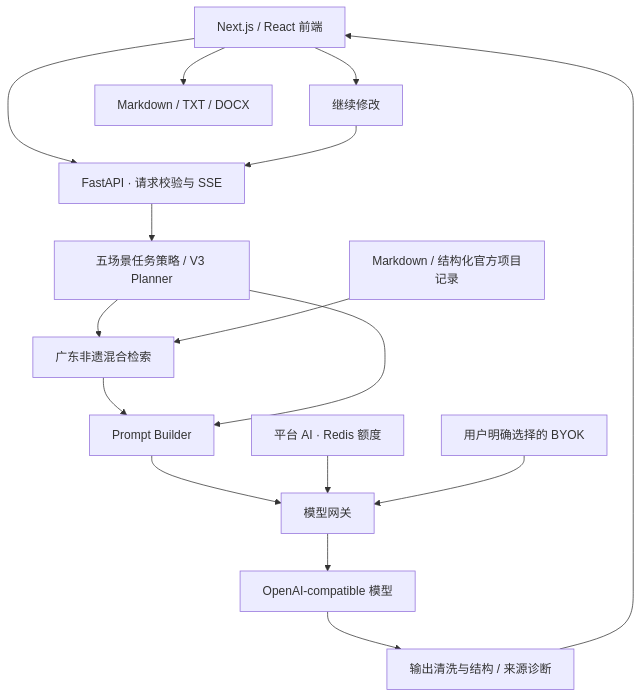
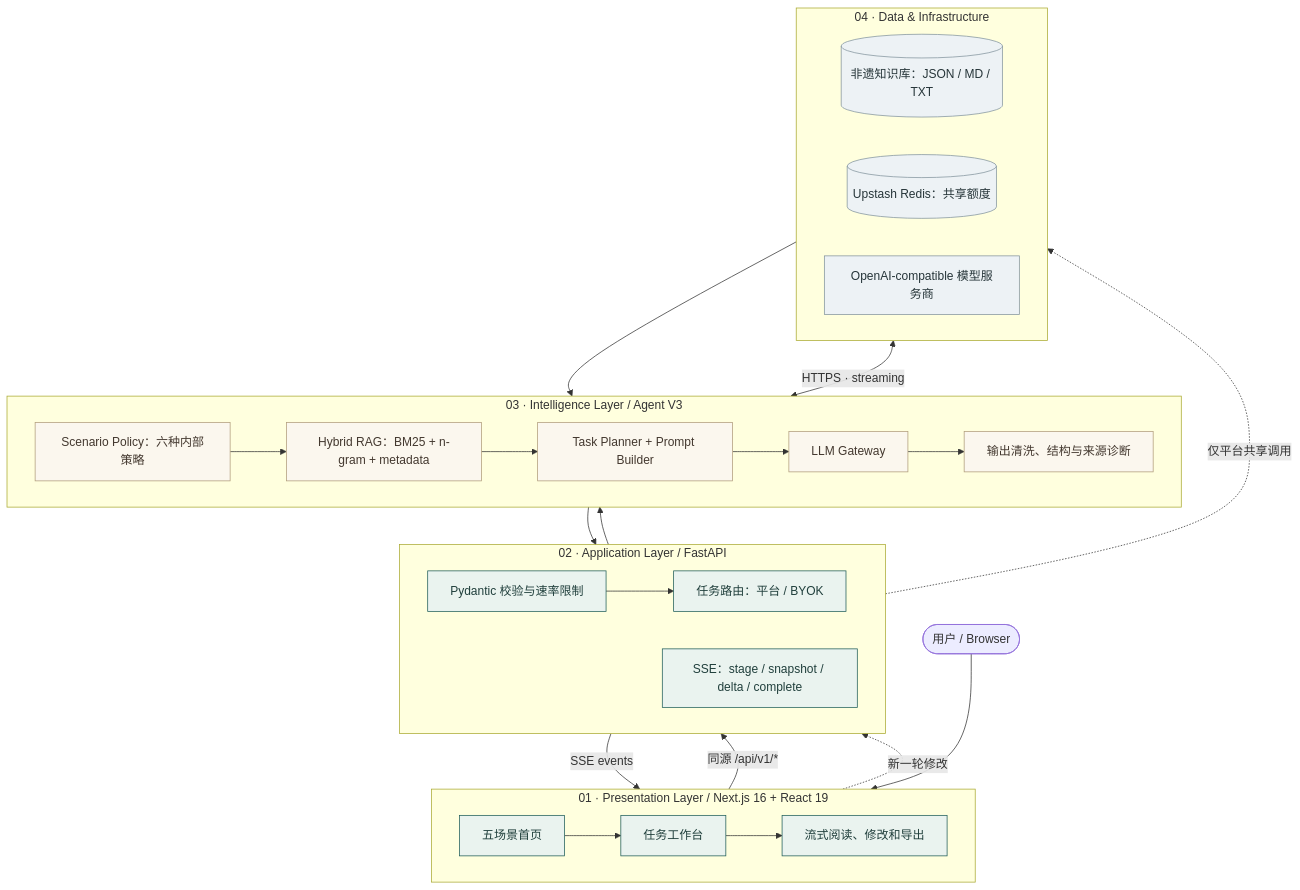
Before and after one commit to liqinglq666/Yuejian-Feiyi-Agent: the second of 3 diagrams in README.md, drawn with Mermaid. The commit also changed other lines of this file, not shown here.

Commit message:
docs: add three polished Mermaid diagrams for Agent V3 architecture

````diff
--- a/README.md
+++ b/README.md
@@ -110,18 +144,54 @@
 ```mermaid
 flowchart TB
-    UI["Next.js / React 前端"] --> API["FastAPI · 请求校验与 SSE"]
-    API --> MODE["五场景任务策略 / V3 Planner"]
-    MODE --> RAG["广东非遗混合检索"]
-    KB["Markdown / 结构化官方项目记录"] --> RAG
-    RAG --> PROMPT["Prompt Builder"]
-    MODE --> PROMPT
-    PROMPT --> GATE["模型网关"]
-    P["平台 AI · Redis 额度"] --> GATE
-    K["用户明确选择的 BYOK"] --> GATE
-    GATE --> LLM["OpenAI-compatible 模型"]
-    LLM --> CHECK["输出清洗与结构 / 来源诊断"]
-    CHECK --> UI
-    UI --> REV["继续修改"]
-    REV --> API
-    UI --> EXPORT["Markdown / TXT / DOCX"]
+    USER(["用户 / Browser"])
+
+    subgraph FRONTEND["01 · Presentation Layer / Next.js 16 + React 19"]
+        direction LR
+        HOME["五场景首页"]
+        STUDIO["任务工作台"]
+        REPORT["流式阅读、修改和导出"]
+        HOME --> STUDIO --> REPORT
+    end
+
+    subgraph BACKEND["02 · Application Layer / FastAPI"]
+        direction LR
+        VALIDATE["Pydantic 校验与速率限制"]
+        ROUTER["任务路由：平台 / BYOK"]
+        STREAM["SSE：stage / snapshot / delta / complete"]
+        VALIDATE --> ROUTER
+    end
+
+    subgraph AGENT["03 · Intelligence Layer / Agent V3"]
+        direction LR
+        POLICY["Scenario Policy：六种内部策略"]
+        RAG["Hybrid RAG：BM25 + n-gram + metadata"]
+        PLAN["Task Planner + Prompt Builder"]
+        GATEWAY["LLM Gateway"]
+        REVIEW["输出清洗、结构与来源诊断"]
+        POLICY --> RAG --> PLAN --> GATEWAY --> REVIEW
+    end
+
+    subgraph DATA["04 · Data & Infrastructure"]
+        direction LR
+        KB[("非遗知识库：JSON / MD / TXT")]
+        REDIS[("Upstash Redis：共享额度")]
+        PROVIDER["OpenAI-compatible 模型服务商"]
+    end
+
+    USER --> HOME
+    STUDIO -->|"同源 /api/v1/*"| VALIDATE
+    ROUTER --> POLICY
+    ROUTER -.->|"仅平台共享调用"| REDIS
+    KB --> RAG
+    GATEWAY <-->|"HTTPS · streaming"| PROVIDER
+    REVIEW --> STREAM
+    STREAM -->|"SSE events"| REPORT
+    REPORT -.->|"新一轮修改"| VALIDATE
+
+    classDef frontend fill:#eaf3ef,stroke:#205d59,color:#203f3c;
+    classDef engine fill:#fbf7ee,stroke:#b09c7b,color:#43382f;
+    classDef infrastructure fill:#edf2f5,stroke:#83949d,color:#263539;
+    class HOME,STUDIO,REPORT,VALIDATE,ROUTER,STREAM frontend;
+    class POLICY,RAG,PLAN,GATEWAY,REVIEW engine;
+    class KB,REDIS,PROVIDER infrastructure;
 ```
````
